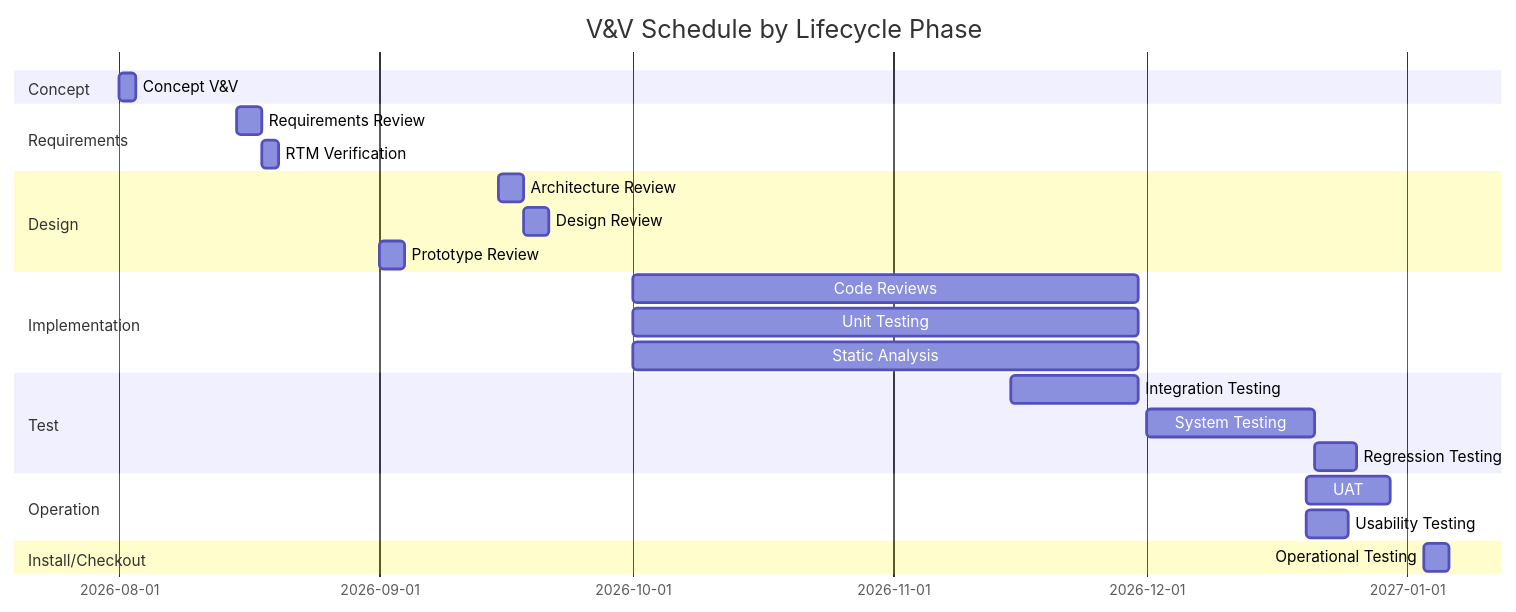
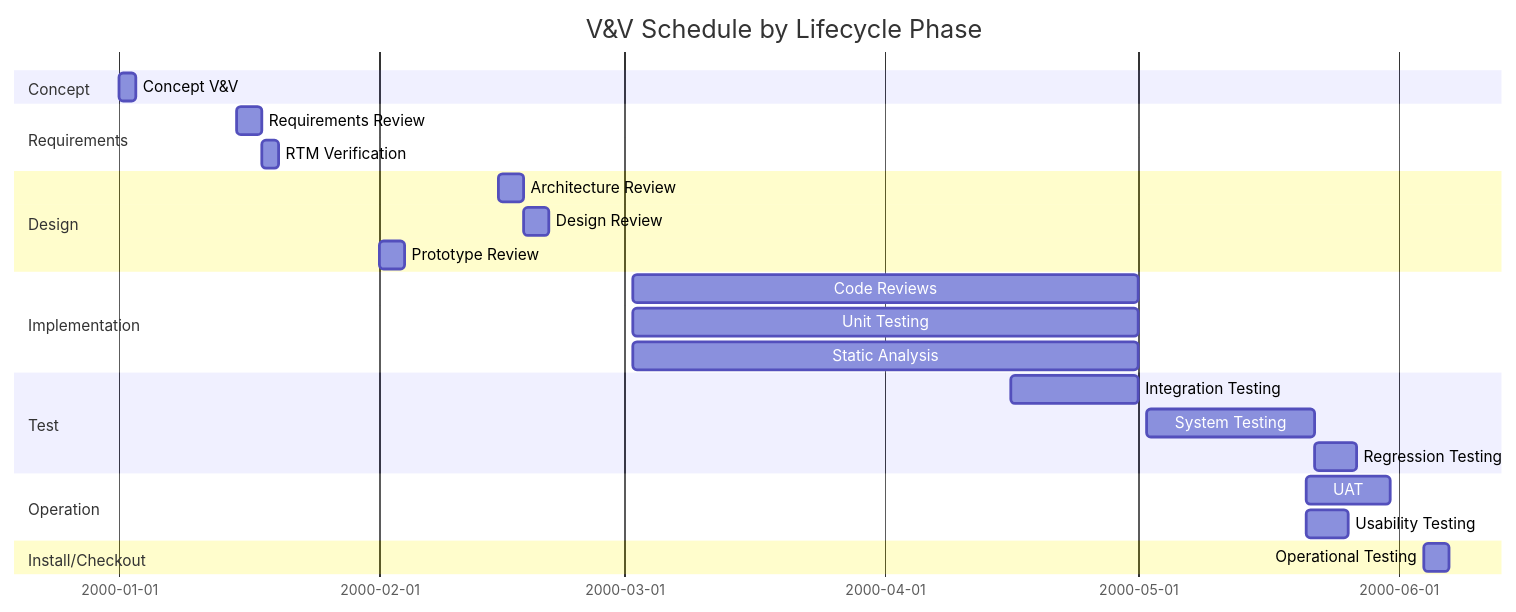
Before and after one commit to oat431/swe-knowledge: the second of 2 diagrams in document-template/18_Quality_Assurance/VandV-Plan.md, drawn with Mermaid. The commit also changed 56 other files, not shown here.

````diff
--- a/document-template/18_Quality_Assurance/VandV-Plan.md
+++ b/document-template/18_Quality_Assurance/VandV-Plan.md
@@ -206,27 +206,28 @@
 ```mermaid
 gantt
     title V&V Schedule by Lifecycle Phase
     dateFormat YYYY-MM-DD
+    %% Placeholder schedule: base 2000-01-01 = project start; recompute real dates when instantiating
     section Concept
-    Concept V&V           :a0, 2026-08-01, 2d
+    Concept V&V           :a0, 2000-01-01, 2d
     section Requirements
-    Requirements Review   :a1, 2026-08-15, 3d
+    Requirements Review   :a1, 2000-01-15, 3d
     RTM Verification      :a1b, after a1, 2d
     section Design
-    Architecture Review   :a2, 2026-09-15, 3d
+    Architecture Review   :a2, 2000-02-15, 3d
     Design Review         :a2b, after a2, 3d
-    Prototype Review      :c1, 2026-09-01, 3d
+    Prototype Review      :c1, 2000-02-01, 3d
     section Implementation
-    Code Reviews          :a3, 2026-10-01, 60d
-    Unit Testing          :b1, 2026-10-01, 60d
-    Static Analysis       :b1b, 2026-10-01, 60d
+    Code Reviews          :a3, 2000-03-02, 60d
+    Unit Testing          :b1, 2000-03-02, 60d
+    Static Analysis       :b1b, 2000-03-02, 60d
     section Test
-    Integration Testing   :b2, 2026-11-15, 15d
-    System Testing        :b3, 2026-12-01, 20d
+    Integration Testing   :b2, 2000-04-16, 15d
+    System Testing        :b3, 2000-05-02, 20d
     Regression Testing    :b3b, after b3, 5d
     section Operation
-    UAT                   :c2, 2026-12-20, 10d
-    Usability Testing     :c3, 2026-12-20, 5d
+    UAT                   :c2, 2000-05-21, 10d
+    Usability Testing     :c3, 2000-05-21, 5d
     section Install/Checkout
-    Operational Testing   :c4, 2027-01-03, 3d
+    Operational Testing   :c4, 2000-06-04, 3d
 ```
````
